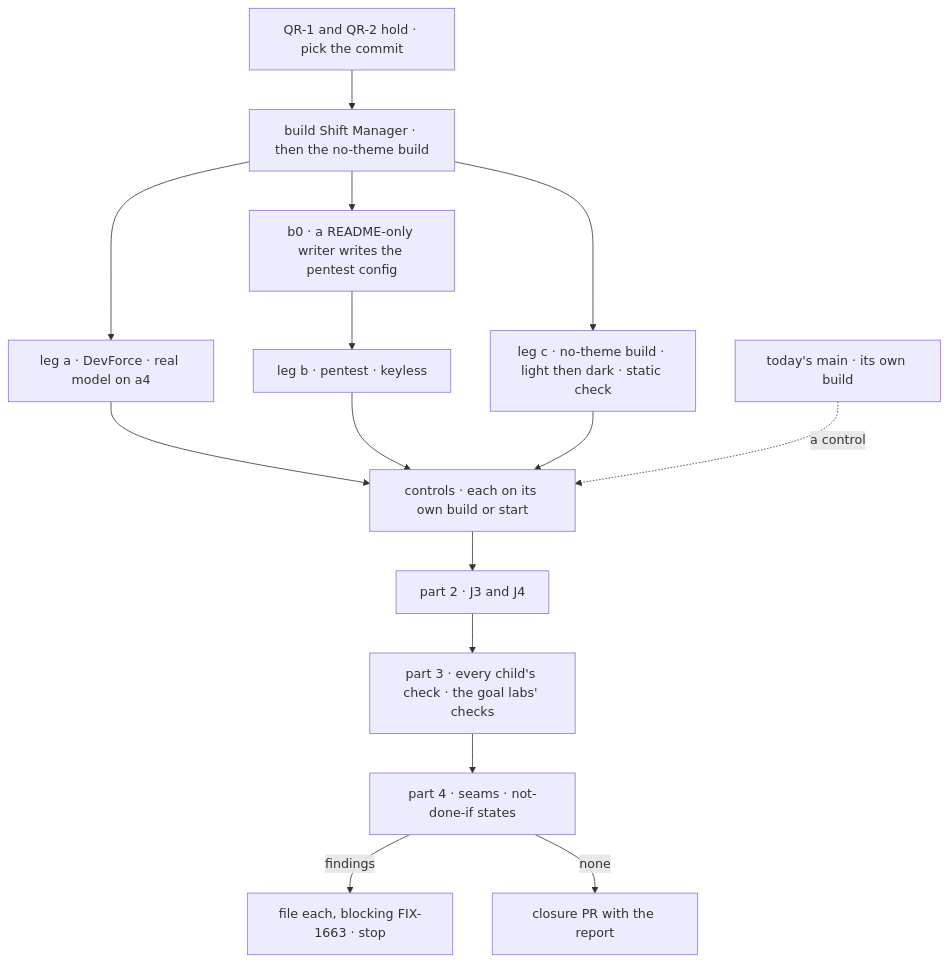
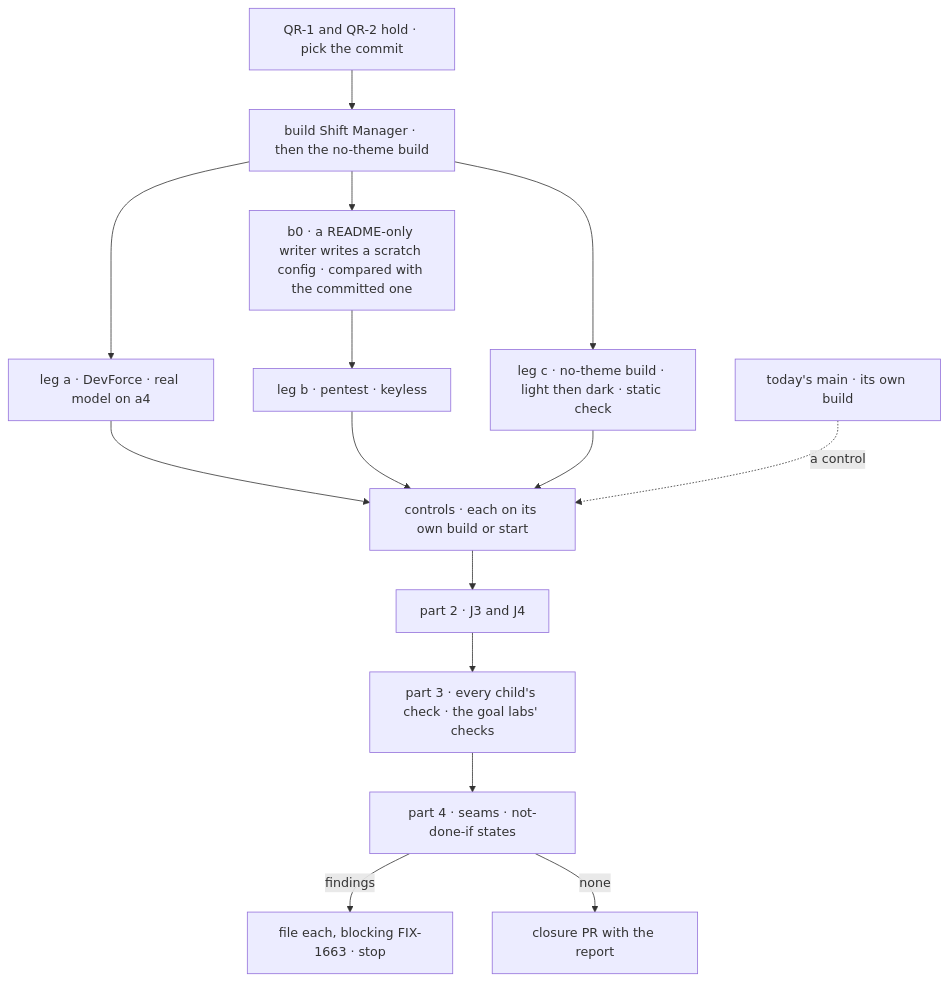
Before and after one commit to fixpoint-labs/flow-state-dev: the diagram in specs/issues/FIX-1663/PLAN.md, drawn with Mermaid. The commit also changed other lines of this file and 5 other files, not shown here.

First line of the commit message:
spec(FIX-1663): fold pentest-config comparison and dev-org check

````diff
--- a/specs/issues/FIX-1663/PLAN.md
+++ b/specs/issues/FIX-1663/PLAN.md
@@ -30,17 +30,17 @@
 ```mermaid
 flowchart TD
   M["QR-1 and QR-2 hold · pick the commit"] --> B["build Shift Manager · then the no-theme build"]
   B --> A["leg a · DevForce · real model on a4"]
-  B --> P0["b0 · a README-only writer writes the pentest config"]
+  B --> P0["b0 · a README-only writer writes a scratch config · compared with the committed one"]
   P0 --> L2["leg b · pentest · keyless"]
   B --> C["leg c · no-theme build · light then dark · static check"]
   A --> K["controls · each on its own build or start"]
   L2 --> K
   C --> K
   T["today's main · its own build"] -.->|"a control"| K
   K --> J["part 2 · J3 and J4"]
   J --> P3["part 3 · every child's check · the goal labs' checks"]
   P3 --> P4["part 4 · seams · not-done-if states"]
   P4 -->|"findings"| F["file each, blocking FIX-1663 · stop"]
   P4 -->|"none"| PR["closure PR with the report"]
 ```
````
